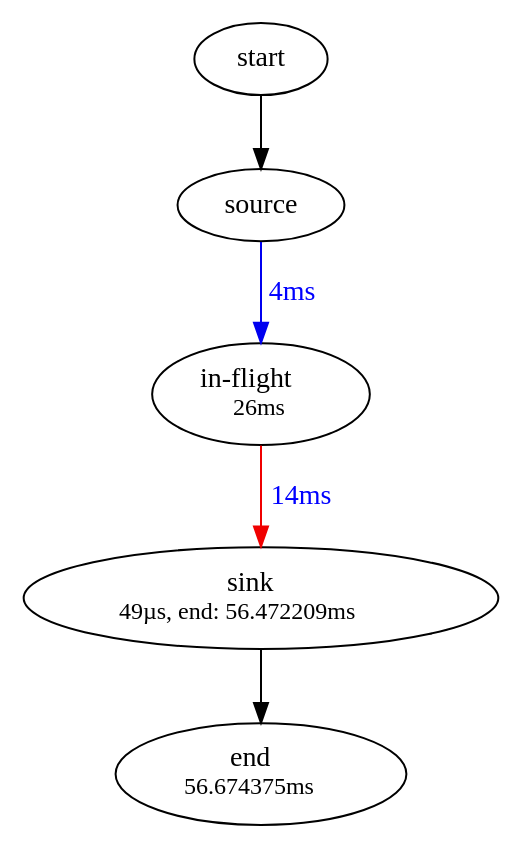
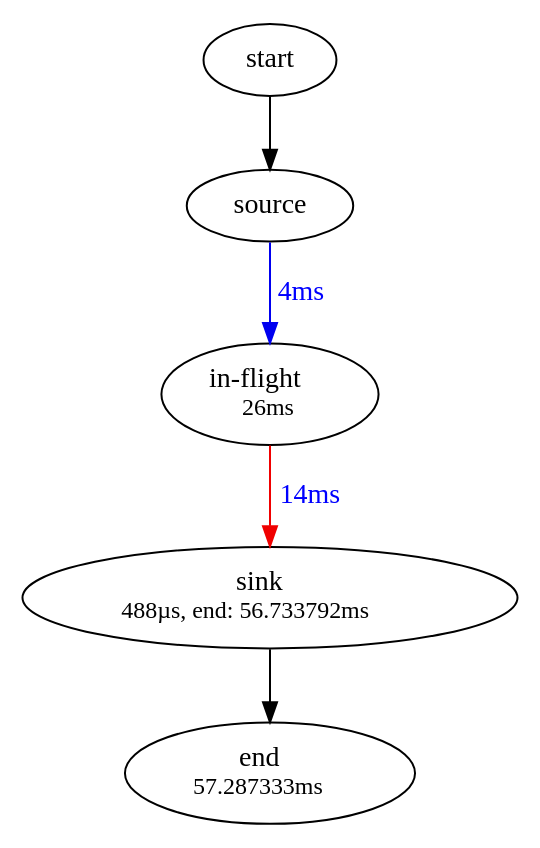
The diagram in examples/max-inflight/pipeline.dot (askiada/go-pipeline), drawn with Graphviz before and after one commit. The commit also changed 27 other files, not shown here.

```diff
--- a/examples/max-inflight/pipeline.dot
+++ b/examples/max-inflight/pipeline.dot
@@ -1,22 +1,22 @@
 strict digraph {
 	
+	
+		"start" [   weight=0 ];
+	
+		"start" -> "source" [  weight=0 ];
+	
+		"end" [ label=<end <BR /> <FONT POINT-SIZE="12">57.287333ms</FONT>>,   weight=0 ];
 	
 		"source" [   weight=0 ];
 	
 		"source" -> "in-flight" [ color="#0000f0", fontcolor="blue", label="4ms",  weight=0 ];
 	
 		"in-flight" [ label=<in-flight <BR /> <FONT POINT-SIZE="12">26ms</FONT>>,   weight=0 ];
 	
 		"in-flight" -> "sink" [ color="#f00000", fontcolor="blue", label="14ms",  weight=0 ];
 	
-		"sink" [ label=<sink <BR /> <FONT POINT-SIZE="12">49µs, end: 56.472209ms</FONT>>,   weight=0 ];
+		"sink" [ label=<sink <BR /> <FONT POINT-SIZE="12">488µs, end: 56.733792ms</FONT>>,   weight=0 ];
 	
 		"sink" -> "end" [  weight=0 ];
 	
-		"start" [   weight=0 ];
-	
-		"start" -> "source" [  weight=0 ];
-	
-		"end" [ label=<end <BR /> <FONT POINT-SIZE="12">56.674375ms</FONT>>,   weight=0 ];
-	
 	}
```
